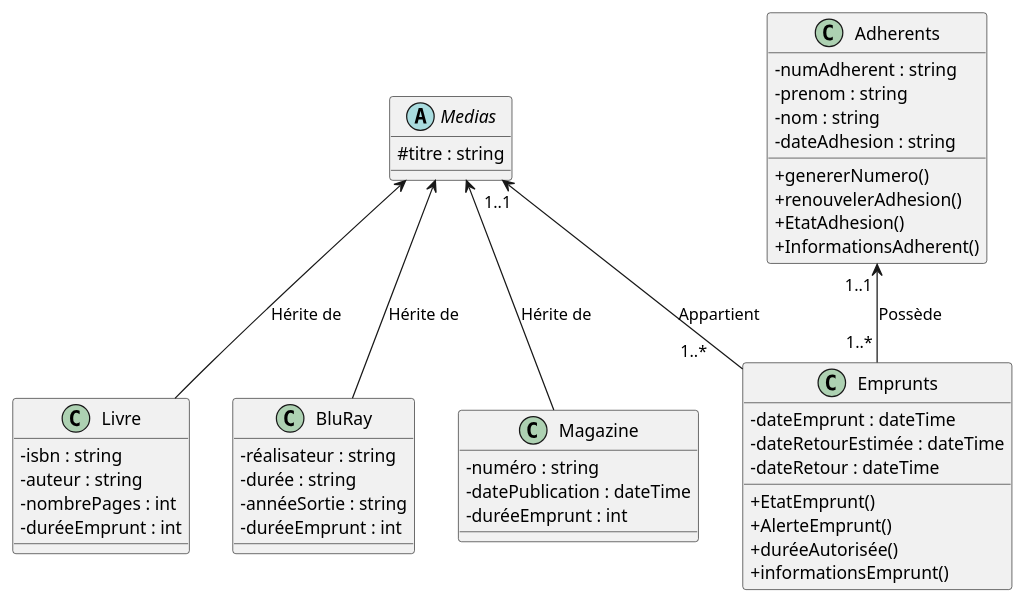
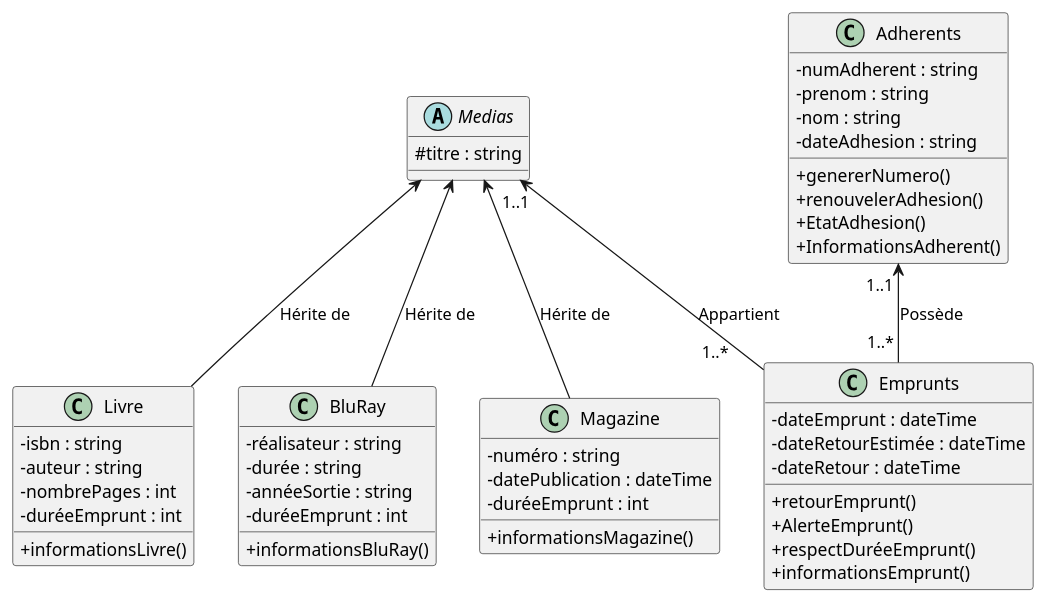
Before and after one commit to alexandregascon/php-bibliotheque: the diagram in documentation/diagrammeDeClasse.puml, drawn with PlantUML. The commit also changed 10 other files, not shown here.

```diff
--- a/documentation/diagrammeDeClasse.puml
+++ b/documentation/diagrammeDeClasse.puml
@@ -1,56 +1,59 @@
 @startuml
 
 skinparam classAttributeIconSize 0
 
 abstract class Medias{
     #titre : string
 }
 
 class Livre{
     -isbn : string
     -auteur : string
     -nombrePages : int
     -duréeEmprunt : int
+    +informationsLivre()
 }
 
 class BluRay{
     -réalisateur : string
     -durée : string
     -annéeSortie : string
     -duréeEmprunt : int
+    +informationsBluRay()
 }
 
 class Magazine{
     -numéro : string
     -datePublication : dateTime
     -duréeEmprunt : int
+    +informationsMagazine()
 }
 
 class Adherents{
     -numAdherent : string
     -prenom : string
     -nom : string
     -dateAdhesion : string
     +genererNumero()
     +renouvelerAdhesion()
     +EtatAdhesion()
     +InformationsAdherent()
 }
 
 class Emprunts{
     -dateEmprunt : dateTime
     -dateRetourEstimée : dateTime
     -dateRetour : dateTime
-    +EtatEmprunt()
+    +retourEmprunt()
     +AlerteEmprunt()
-    +duréeAutorisée()
+    +respectDuréeEmprunt()
     +informationsEmprunt()
 }
 
 Medias <-- Livre : "Hérite de"
 Medias <-- BluRay : "Hérite de"
 Medias <-- Magazine : "Hérite de"
 Medias "1..1"<-- "1..*      " Emprunts : "Appartient"
 Adherents "1..1 " <-- "1..* " Emprunts : "Possède"
 
 @enduml
```
